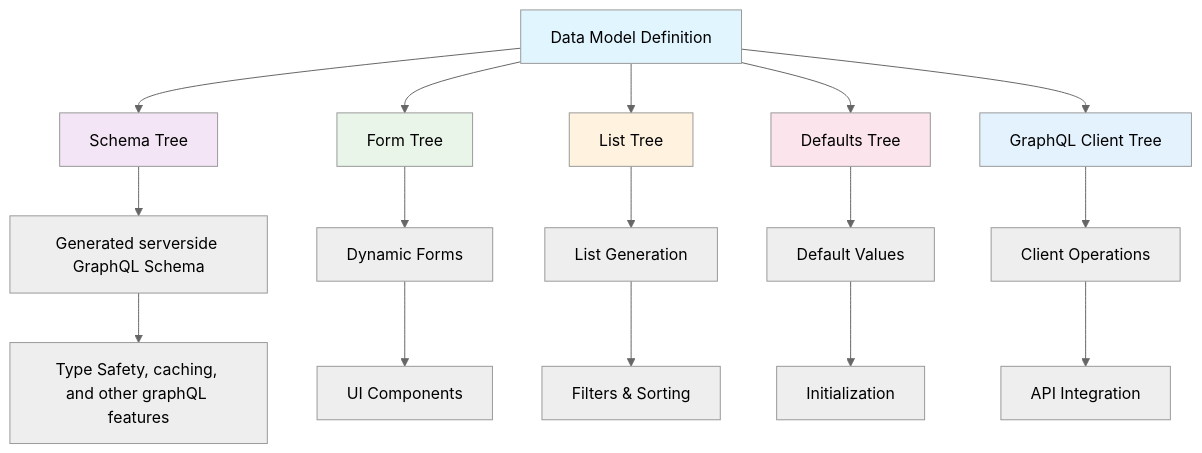
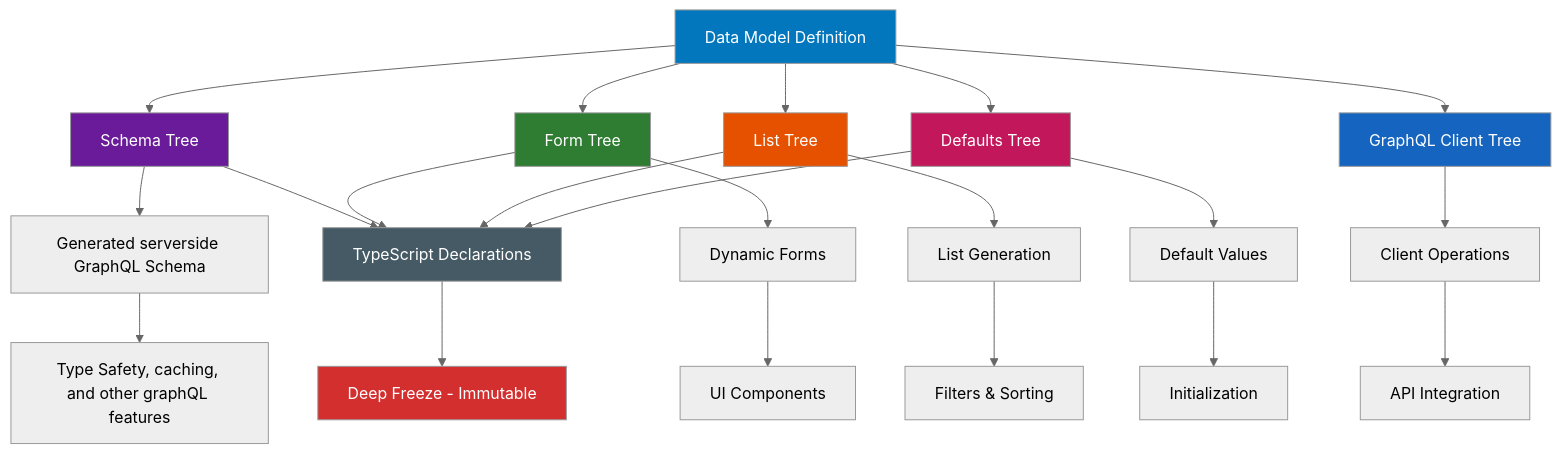
The first of 6 diagrams in DOCUMENTATION.md (IEA-Paris/trees), drawn with Mermaid (neutral theme) before and after one commit. The commit also changed other lines of this file and 2 other files, not shown here.

````diff
--- a/DOCUMENTATION.md
+++ b/DOCUMENTATION.md
@@ -13,27 +44,35 @@
 ```mermaid
 graph TD
     A[Data Model Definition] --> B[Schema Tree]
     A --> C[Form Tree]
     A --> D[List Tree]
     A --> E[Defaults Tree]
     A --> F[GraphQL Client Tree]
-    
+
     B --> G[Generated serverside GraphQL Schema]
     C --> H[Dynamic Forms]
     D --> I[List Generation]
     E --> J[Default Values]
     F --> K[Client Operations]
-    
+
     G --> L[Type Safety, caching, and other graphQL features]
     H --> M[UI Components]
     I --> N[Filters & Sorting]
     J --> O[Initialization]
     K --> P[API Integration]
-    
-    style A fill:#e1f5fe
-    style B fill:#f3e5f5
-    style C fill:#e8f5e8
-    style D fill:#fff3e0
-    style E fill:#fce4ec
-    style F fill:#e3f2fd
+
+    B --> Q[TypeScript Declarations]
+    C --> Q
+    D --> Q
+    E --> Q
+    Q --> R[Deep Freeze - Immutable]
+
+    style A fill:#0277bd,color:#fff
+    style B fill:#6a1b9a,color:#fff
+    style C fill:#2e7d32,color:#fff
+    style D fill:#e65100,color:#fff
+    style E fill:#c2185b,color:#fff
+    style F fill:#1565c0,color:#fff
+    style Q fill:#455a64,color:#fff
+    style R fill:#d32f2f,color:#fff
 ```
````
